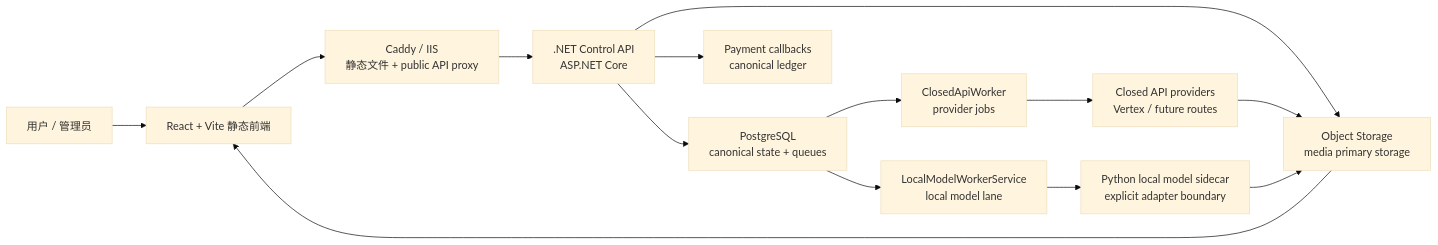
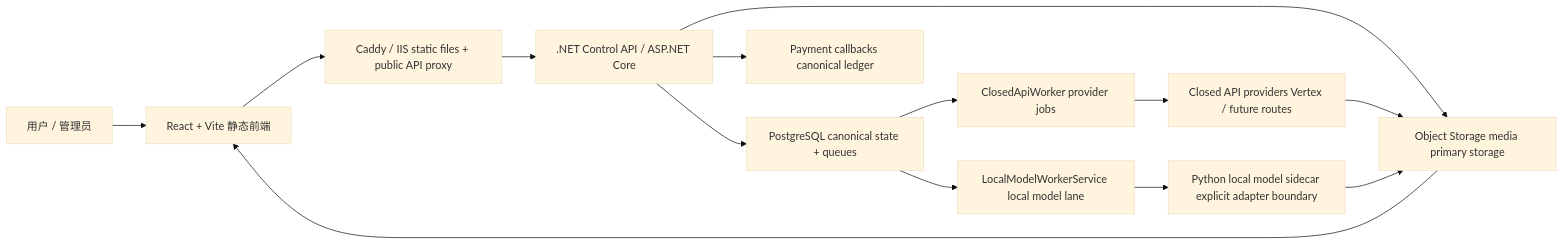
One commit to White-147/XiaoLouAI changed the first of 2 diagrams in README.md. Above: the diagram before and after it, drawn with Mermaid (base theme).

Commit message:
fix: stabilize README mermaid diagram

````diff
--- a/README.md
+++ b/README.md
@@ -57,16 +57,16 @@
 ```mermaid
 flowchart LR
     User["用户 / 管理员"] --> Browser["React + Vite 静态前端"]
-    Browser --> Proxy["Caddy / IIS\n静态文件 + public API proxy"]
-    Proxy --> Api[".NET Control API\nASP.NET Core"]
-    Api --> Pg["PostgreSQL\ncanonical state + queues"]
-    Api --> Storage["Object Storage\nmedia primary storage"]
-    Api --> Payment["Payment callbacks\ncanonical ledger"]
-    Pg --> ClosedWorker["ClosedApiWorker\nprovider jobs"]
-    Pg --> LocalWorker["LocalModelWorkerService\nlocal model lane"]
-    ClosedWorker --> Provider["Closed API providers\nVertex / future routes"]
+    Browser --> Proxy["Caddy / IIS static files + public API proxy"]
+    Proxy --> Api[".NET Control API / ASP.NET Core"]
+    Api --> Pg["PostgreSQL canonical state + queues"]
+    Api --> Storage["Object Storage media primary storage"]
+    Api --> Payment["Payment callbacks canonical ledger"]
+    Pg --> ClosedWorker["ClosedApiWorker provider jobs"]
+    Pg --> LocalWorker["LocalModelWorkerService local model lane"]
+    ClosedWorker --> Provider["Closed API providers Vertex / future routes"]
     Provider --> Storage
-    LocalWorker --> Sidecar["Python local model sidecar\nexplicit adapter boundary"]
+    LocalWorker --> Sidecar["Python local model sidecar explicit adapter boundary"]
     Sidecar --> Storage
     Storage --> Browser
 ```
````
